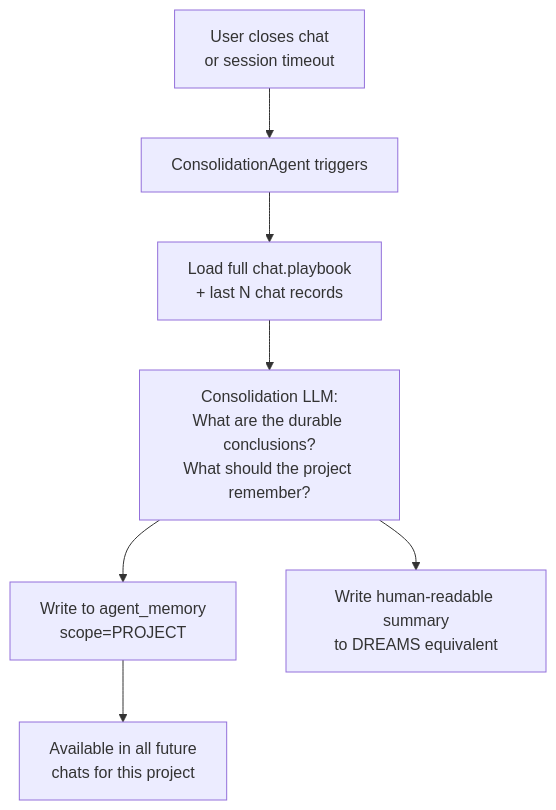
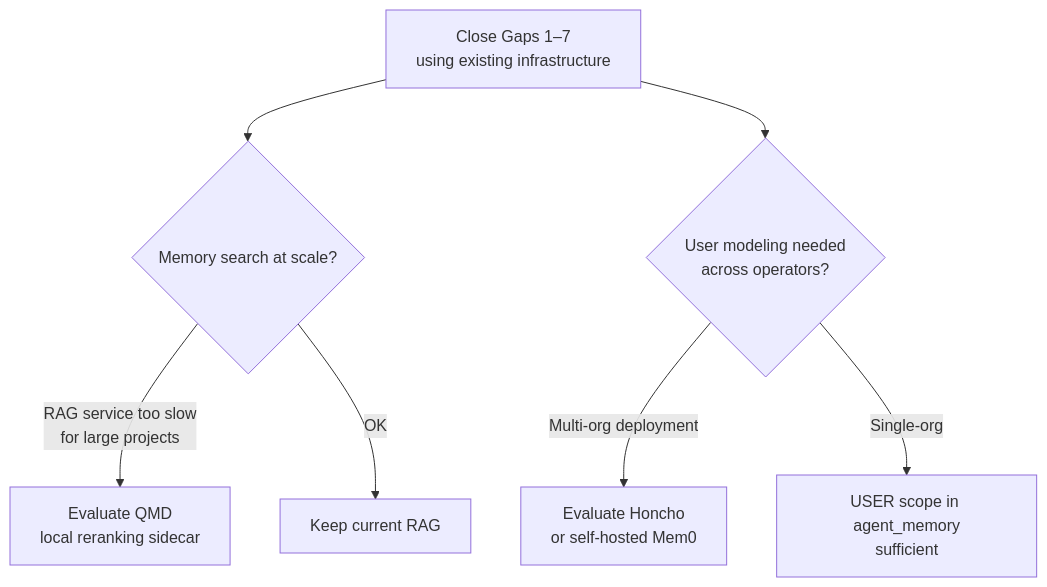
The fifth of 5 diagrams in memory-gap-analysis.md (wiedersehne/Ida-arch), drawn with Mermaid before and after one commit. The commit also changed other lines of this file, not shown here.

````diff
--- a/memory-gap-analysis.md
+++ b/memory-gap-analysis.md
@@ -332,9 +459,9 @@
 ```mermaid
 flowchart TD
-    A[User closes chat\nor session timeout] --> B[ConsolidationAgent triggers]
-    B --> C[Load full chat.playbook\n+ last N chat records]
-    C --> D[Consolidation LLM:\nWhat are the durable conclusions?\nWhat should the project remember?]
-    D --> E[Write to agent_memory\nscope=PROJECT]
-    D --> F[Write human-readable summary\nto DREAMS equivalent]
-    E --> G[Available in all future\nchats for this project]
+    A[Close Gaps 1–7\nusing existing infrastructure] --> B{Memory search at scale?}
+    B -->|RAG service too slow\nfor large projects| C[Evaluate QMD\nlocal reranking sidecar]
+    B -->|OK| D[Keep current RAG]
+    A --> E{User modeling needed\nacross operators?}
+    E -->|Multi-org deployment| F[Evaluate Honcho\nor self-hosted Mem0]
+    E -->|Single-org| G[USER scope in agent_memory\nsufficient]
 ```
````
